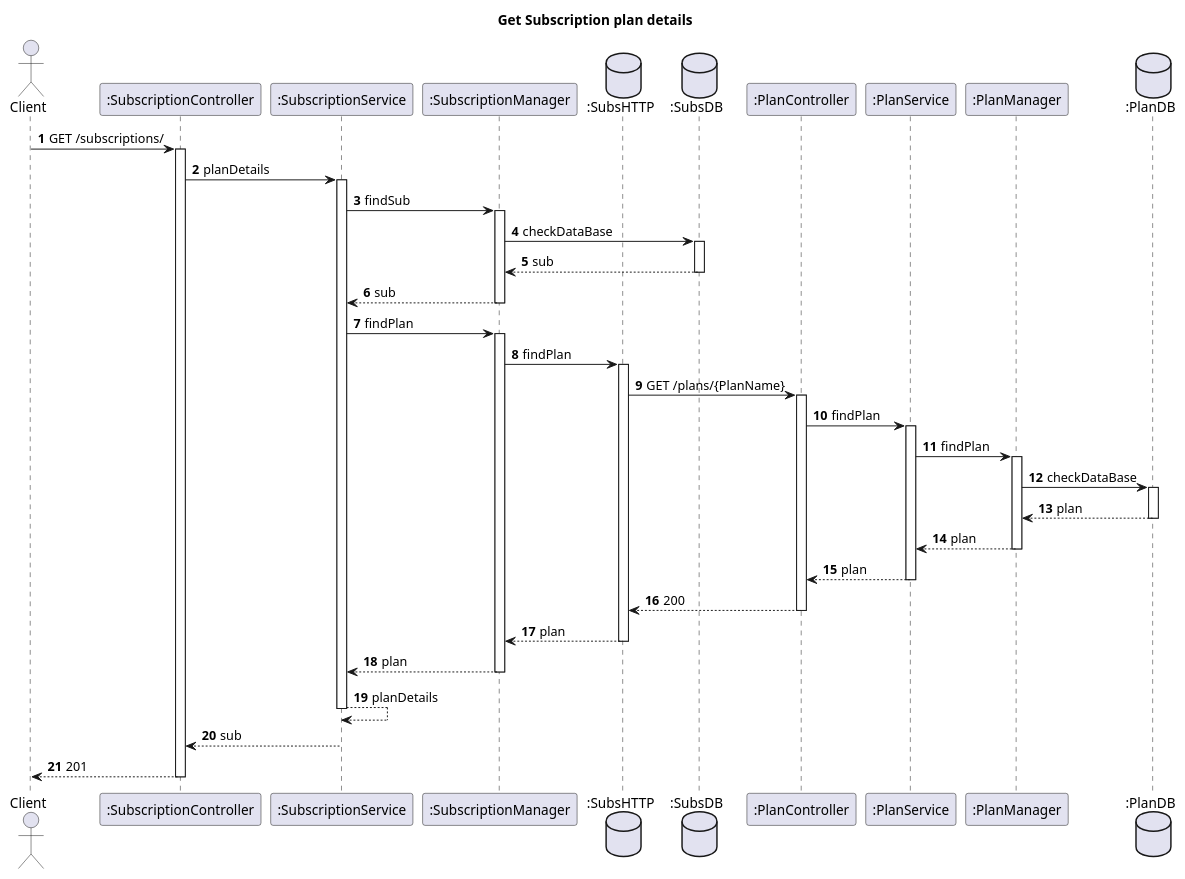
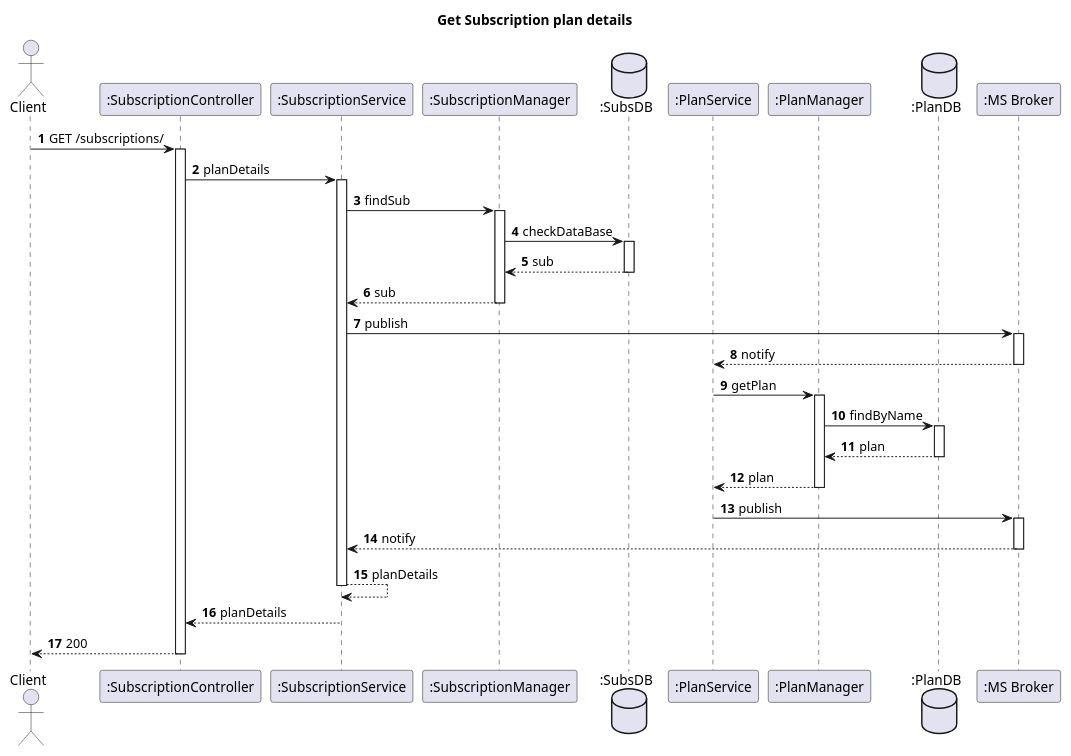
One commit to IsepMartimOliveira/SIDIS changed the diagram in docs_sidis/Segunda_Avalição/Subs/Vista Logica/N3/GetsSubsPlanInfo.puml. Above: the diagram before and after it, drawn with PlantUML. The commit also changed 13 other files, not shown here.

```diff
--- a/docs_sidis/Segunda_Avalição/Subs/Vista Logica/N3/GetsSubsPlanInfo.puml
+++ b/docs_sidis/Segunda_Avalição/Subs/Vista Logica/N3/GetsSubsPlanInfo.puml
@@ -1,42 +1,41 @@
 @startuml
 'https://plantuml.com/sequence-diagram
 autoactivate on
 autonumber
 title  Get Subscription plan details
 
 autonumber
 
 actor "Client" as Ac
 participant ":SubscriptionController" as Auth
 participant ":SubscriptionService" as SService
 participant ":SubscriptionManager" as UManager
-database ":SubsHTTP" as SHTTP
 database ":SubsDB" as SDB
-participant ":PlanController" as Plan
 participant ":PlanService" as PService
 participant ":PlanManager" as PManager
 database ":PlanDB" as PDB
+participant ":MS Broker" as Broker
 
 Ac->Auth: GET /subscriptions/
 Auth->SService: planDetails
 SService->UManager: findSub
 UManager->SDB: checkDataBase
 SDB-->UManager:sub
 UManager --> SService:sub
-SService->UManager: findPlan
-UManager -> SHTTP: findPlan
-SHTTP -> Plan:GET /plans/{PlanName}
-Plan-> PService: findPlan
-PService->PManager: findPlan
-PManager->PDB:checkDataBase
-PDB-->PManager:plan
-PManager-->PService:plan
-PService-->Plan:plan
-Plan-->SHTTP: 200
-SHTTP-->UManager:plan
-UManager--> SService:plan
+
+SService -> Broker: publish
+Broker--> PService: notify
+
+PService ->PManager: getPlan
+PManager -> PDB: findByName
+PDB-->PManager: plan
+PManager -->PService: plan
+
+PService -> Broker: publish
+Broker--> SService: notify
+
 SService --> SService: planDetails
-SService -->Auth:sub
-Auth --> Ac : 201
+SService -->Auth:planDetails
+Auth --> Ac : 200
 
 @enduml
```
